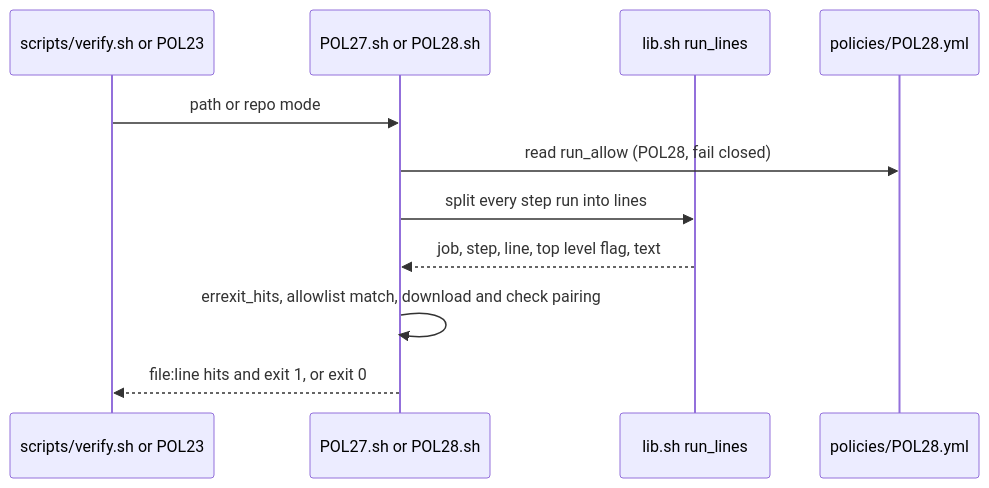
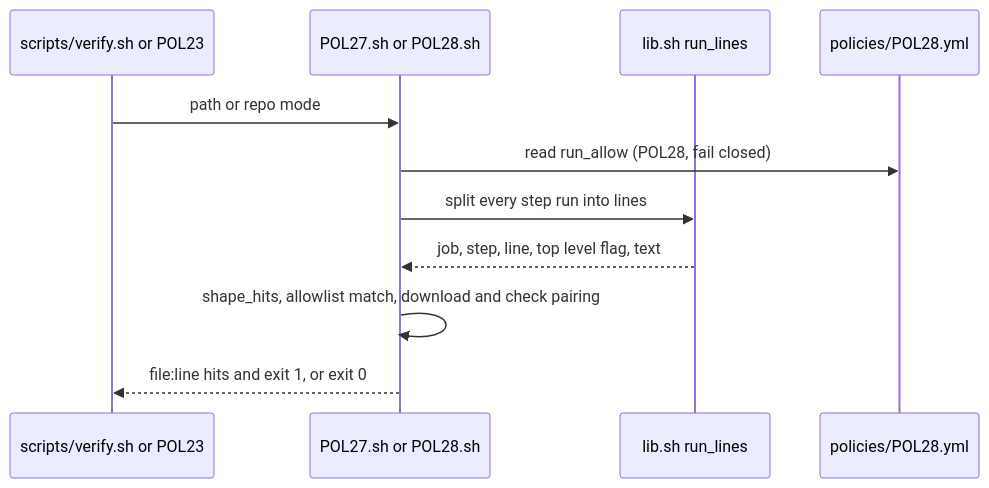
Before and after one commit to svennijhuis/agentic-workflows: the first of 2 diagrams in docs/pbi/done/VF02d1.md, drawn with Mermaid. The commit also changed other lines of this file and 32 other files, not shown here.

Commit message:
VF02d1 round 2: gate job key allowlist shape_hits (Tester 6424839165, Cursor 5657508090 f1 to f8)

````diff
--- a/docs/pbi/done/VF02d1.md
+++ b/docs/pbi/done/VF02d1.md
@@ -64,13 +102,13 @@
 ```mermaid
 sequenceDiagram
   participant V as scripts/verify.sh or POL23
   participant P as POL27.sh or POL28.sh
   participant L as lib.sh run_lines
   participant C as policies/POL28.yml
   V->>P: path or repo mode
   P->>C: read run_allow (POL28, fail closed)
   P->>L: split every step run into lines
   L-->>P: job, step, line, top level flag, text
-  P->>P: errexit_hits, allowlist match, download and check pairing
+  P->>P: shape_hits, allowlist match, download and check pairing
   P-->>V: file:line hits and exit 1, or exit 0
 ```
````
